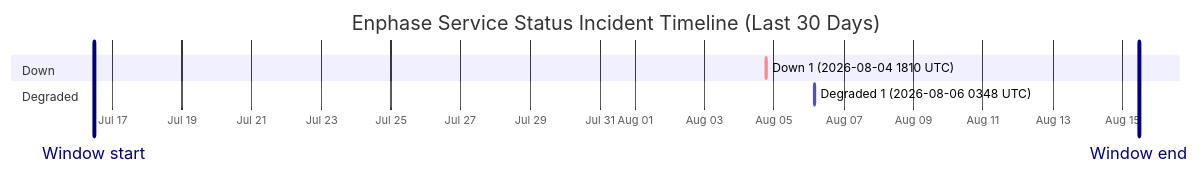
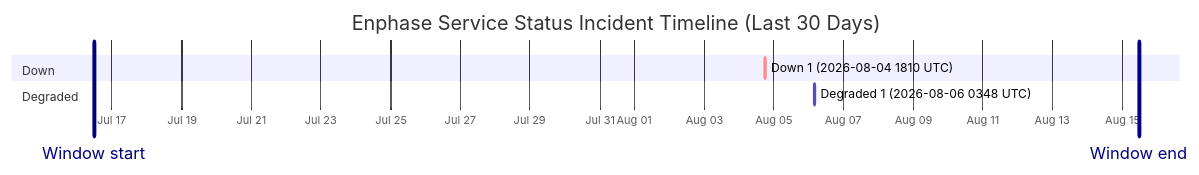
The diagram in wiki/Service-Status-History.md (barneyonline/ha-enphase-energy), drawn with Mermaid before and after one commit. The commit also changed other lines of this file and 3 other files, not shown here.

````diff
--- a/wiki/Service-Status-History.md
+++ b/wiki/Service-Status-History.md
@@ -14,12 +14,12 @@
 ```mermaid
 gantt
     title Enphase Service Status Incident Timeline (Last 30 Days)
     dateFormat  YYYY-MM-DDTHH:mm:ss
     axisFormat  %b %d
-    Window start :vert, window-start, 2026-07-16T11:17:59, 0ms
-    Window end :vert, window-end, 2026-08-15T11:17:59, 0ms
+    Window start :vert, window-start, 2026-07-16T11:43:47, 0ms
+    Window end :vert, window-end, 2026-08-15T11:43:47, 0ms
     section Down
     Down 1 (2026-08-04 1810 UTC) :crit, down-1, 2026-08-04T18:10:46, 60m
     section Degraded
     Degraded 1 (2026-08-06 0348 UTC) :active, degraded-1, 2026-08-06T03:48:14, 60m
 ```
````
